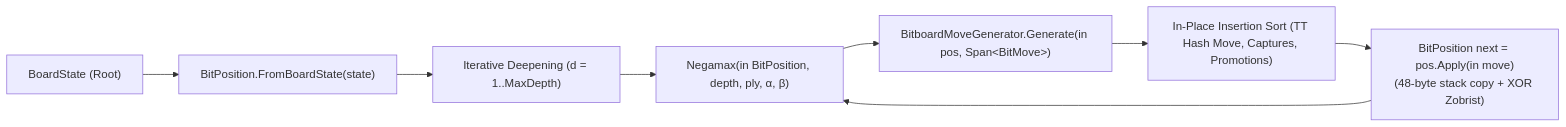
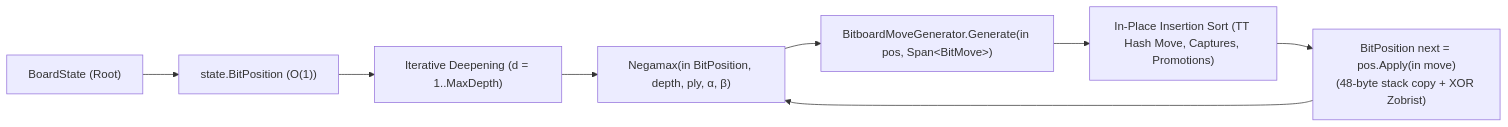
One commit to cjp-dev/Checkers changed the diagram in docs/brain/15-bitboards.md. Above: the diagram before and after it, drawn with Mermaid. The commit also changed other lines of this file and 23 other files, not shown here.

````diff
--- a/docs/brain/15-bitboards.md
+++ b/docs/brain/15-bitboards.md
@@ -117,10 +117,10 @@
 ```mermaid
 flowchart LR
-    Root["BoardState (Root)"] --> Convert["BitPosition.FromBoardState(state)"]
+    Root["BoardState (Root)"] --> Convert["state.BitPosition (O(1))"]
     Convert --> ID["Iterative Deepening (d = 1..MaxDepth)"]
     ID --> Negamax["Negamax(in BitPosition, depth, ply, α, β)"]
     Negamax --> Gen["BitboardMoveGenerator.Generate(in pos, Span&lt;BitMove&gt;)"]
     Gen --> Order["In-Place Insertion Sort (TT Hash Move, Captures, Promotions)"]
     Order --> CopyMake["BitPosition next = pos.Apply(in move)<br/>(48-byte stack copy + XOR Zobrist)"]
     CopyMake --> Negamax
 ```
````
